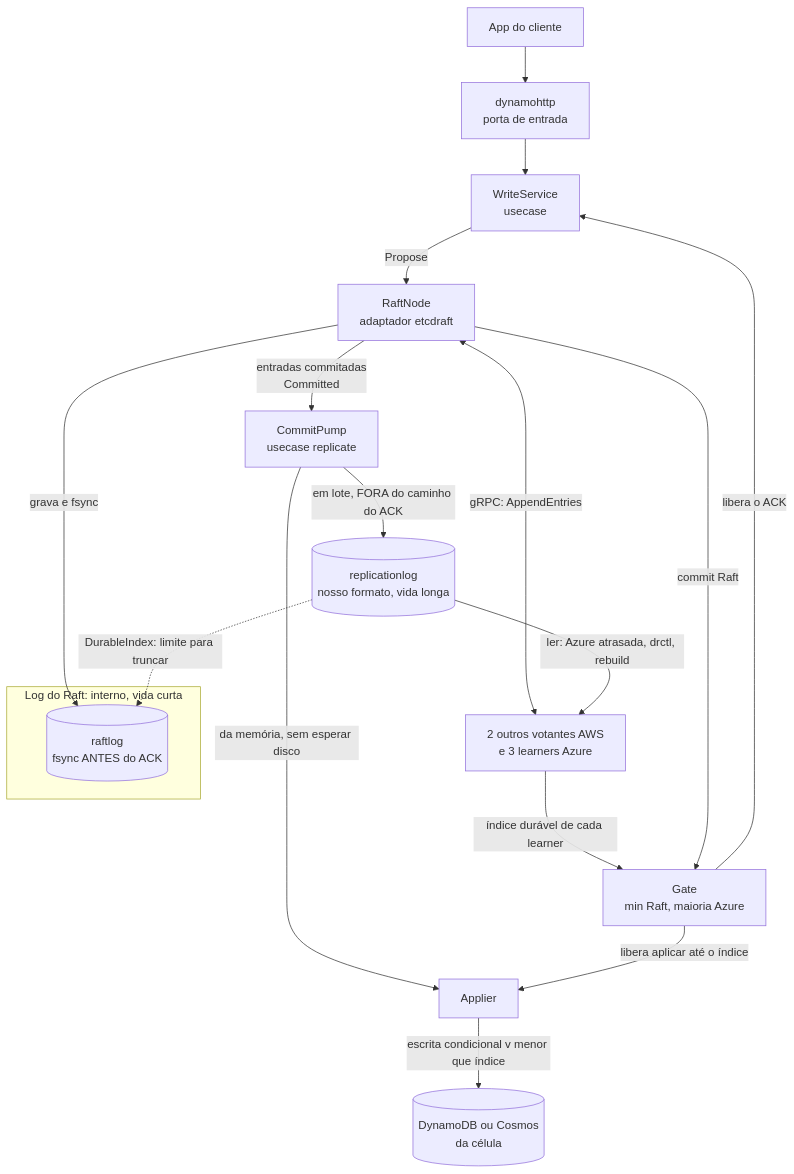
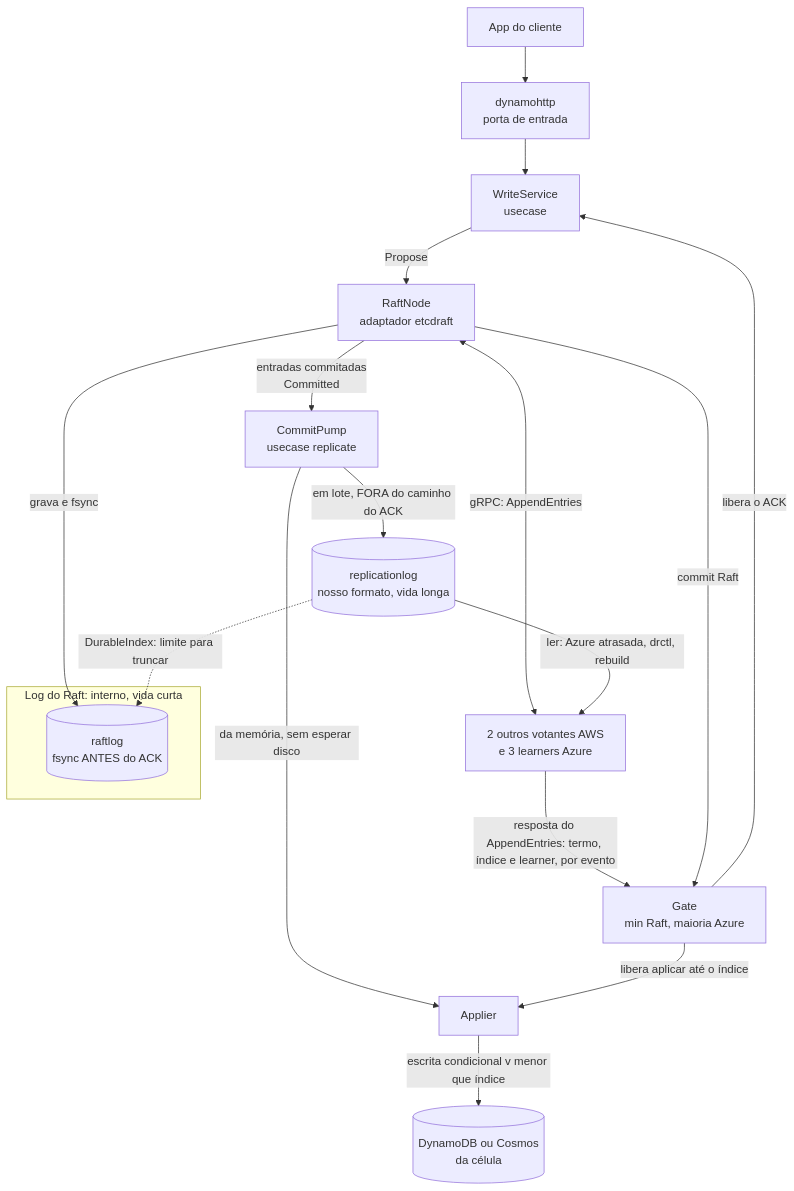
Before and after one commit to brbarmex/k: the second of 10 diagrams in 05_implementacao/02_desenho_e_diagramas.md, drawn with Mermaid. The commit also changed other lines of this file and 139 other files, not shown here.

````diff
--- a/05_implementacao/02_desenho_e_diagramas.md
+++ b/05_implementacao/02_desenho_e_diagramas.md
@@ -57,21 +57,21 @@
 ```mermaid
 flowchart TD
     CLI["App do cliente"] --> API["dynamohttp<br/>porta de entrada"]
     API --> WS["WriteService<br/>usecase"]
     WS -->|"Propose"| RAFT["RaftNode<br/>adaptador etcdraft"]
     subgraph RL["Log do Raft: interno, vida curta"]
         RLOG[("raftlog<br/>fsync ANTES do ACK")]
     end
     RAFT -->|"grava e fsync"| RLOG
     RAFT <-->|"gRPC: AppendEntries"| PEERS["2 outros votantes AWS<br/>e 3 learners Azure"]
-    PEERS -->|"índice durável de cada learner"| GATE["Gate<br/>min Raft, maioria Azure"]
+    PEERS -->|"resposta do AppendEntries: termo, índice e learner, por evento"| GATE["Gate<br/>min Raft, maioria Azure"]
     RAFT -->|"commit Raft"| GATE
     RAFT -->|"entradas commitadas<br/>Committed"| PUMP["CommitPump<br/>usecase replicate"]
     PUMP -->|"da memória, sem esperar disco"| APP["Applier"]
     PUMP -->|"em lote, FORA do caminho do ACK"| REP[("replicationlog<br/>nosso formato, vida longa")]
     GATE -->|"libera o ACK"| WS
     GATE -->|"libera aplicar até o índice"| APP
     APP -->|"escrita condicional v menor que índice"| DB[("DynamoDB ou Cosmos<br/>da célula")]
     REP -.->|"DurableIndex: limite para truncar"| RLOG
     REP -->|"ler: Azure atrasada, drctl, rebuild"| PEERS
 ```
````
